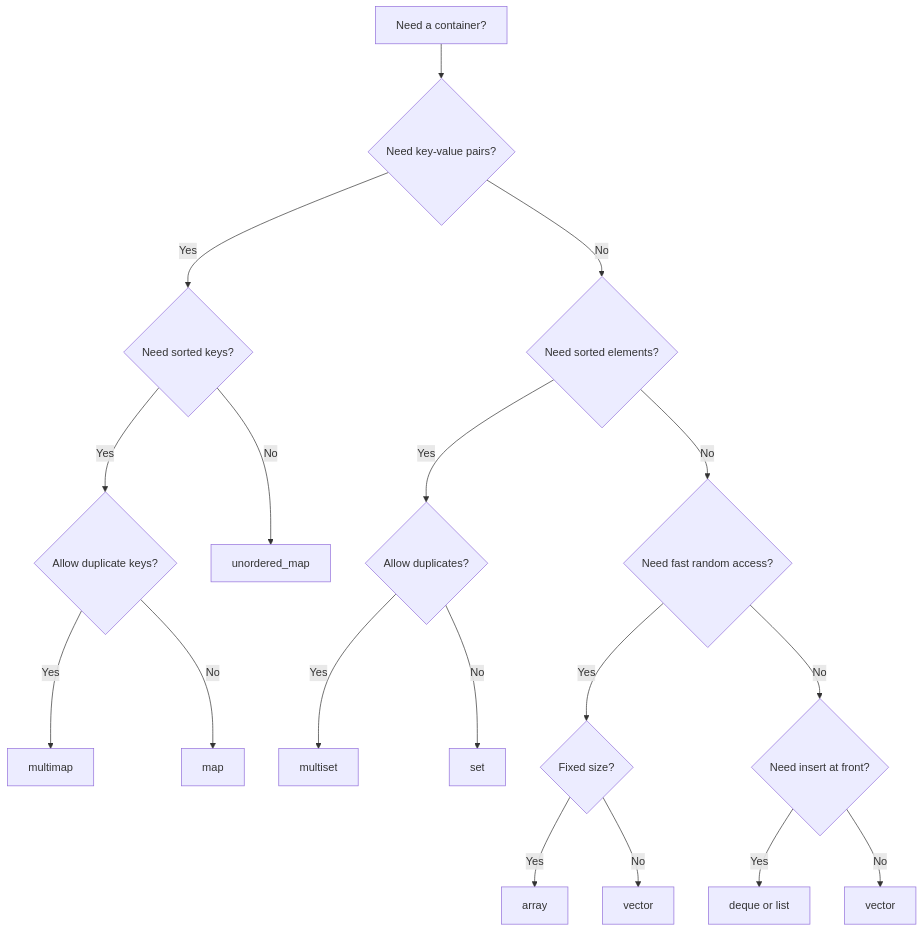
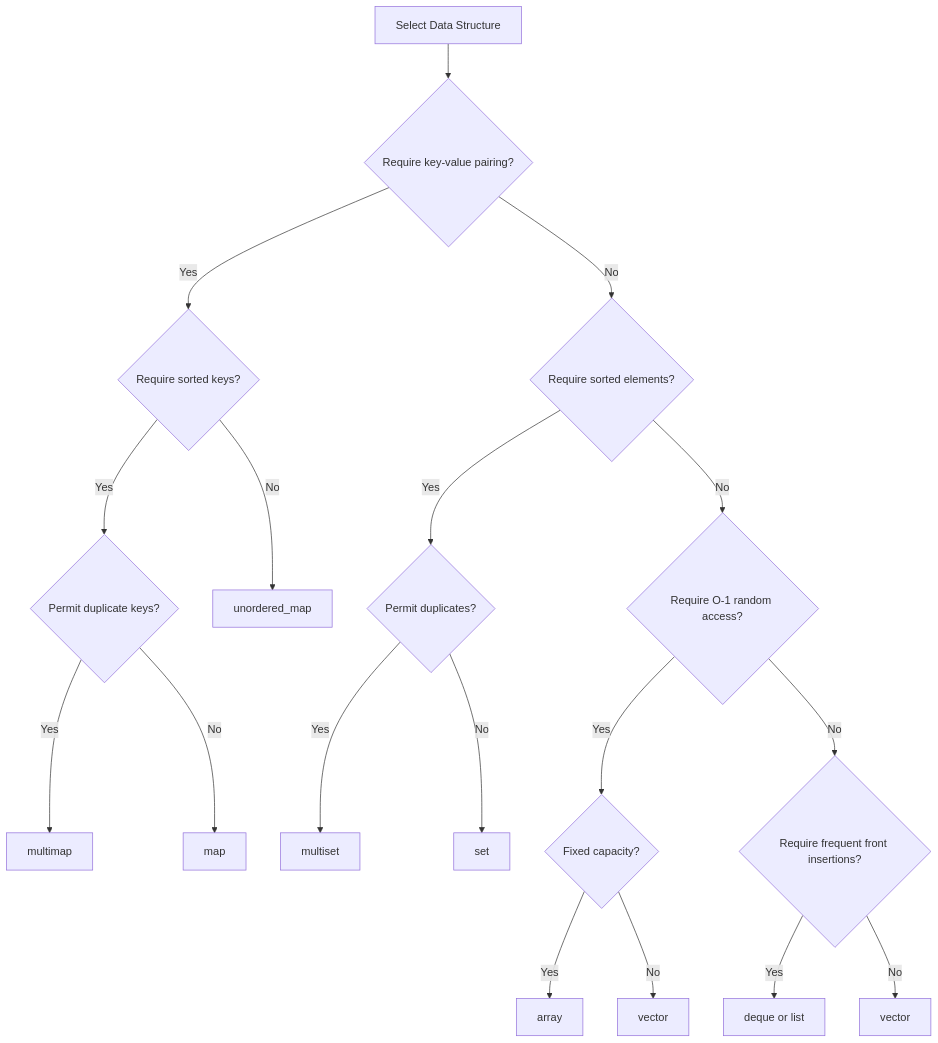
One commit to AhmedEssamYassin/Standard-Template-Library-STL-in-Cpp changed the diagram in README.md. Above: the diagram before and after it, drawn with Mermaid. The commit also changed other lines of this file, not shown here.

````diff
--- a/README.md
+++ b/README.md
@@ -78,20 +85,20 @@
 ```mermaid
 graph TD
- A[Need a container?] --> B{Need key-value pairs?}
- B -->|Yes| C{Need sorted keys?}
- B -->|No| D{Need sorted elements?}
- C -->|Yes| E{Allow duplicate keys?}
+ A[Select Data Structure] --> B{Require key-value pairing?}
+ B -->|Yes| C{Require sorted keys?}
+ B -->|No| D{Require sorted elements?}
+ C -->|Yes| E{Permit duplicate keys?}
  C -->|No| F[unordered_map]
  E -->|Yes| G[multimap]
  E -->|No| H[map]
- D -->|Yes| I{Allow duplicates?}
- D -->|No| J{Need fast random access?}
+ D -->|Yes| I{Permit duplicates?}
+ D -->|No| J{Require O-1 random access?}
  I -->|Yes| K[multiset]
  I -->|No| L[set]
- J -->|Yes| M{Fixed size?}
- J -->|No| N{Need insert at front?}
+ J -->|Yes| M{Fixed capacity?}
+ J -->|No| N{Require frequent front insertions?}
  M -->|Yes| O[array]
  M -->|No| P[vector]
  N -->|Yes| Q[deque or list]
  N -->|No| R[vector]
 ```
````
